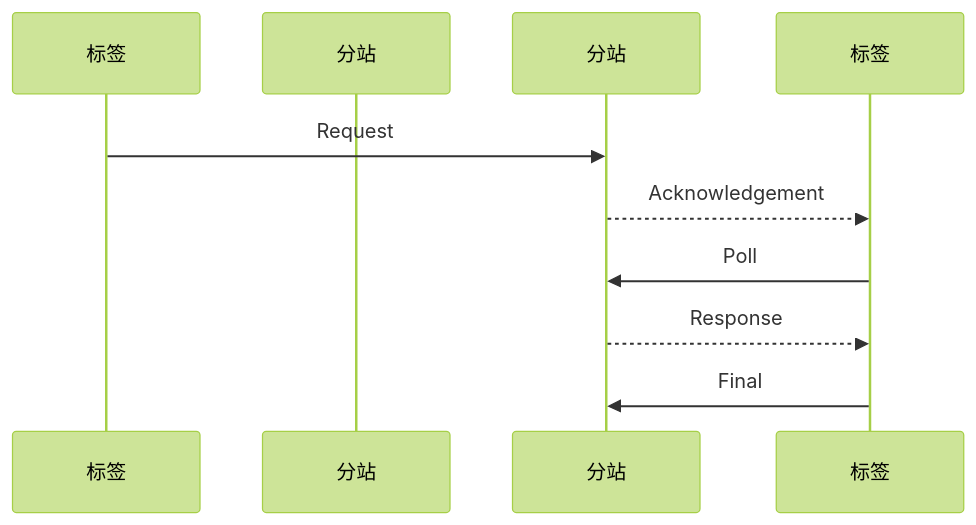
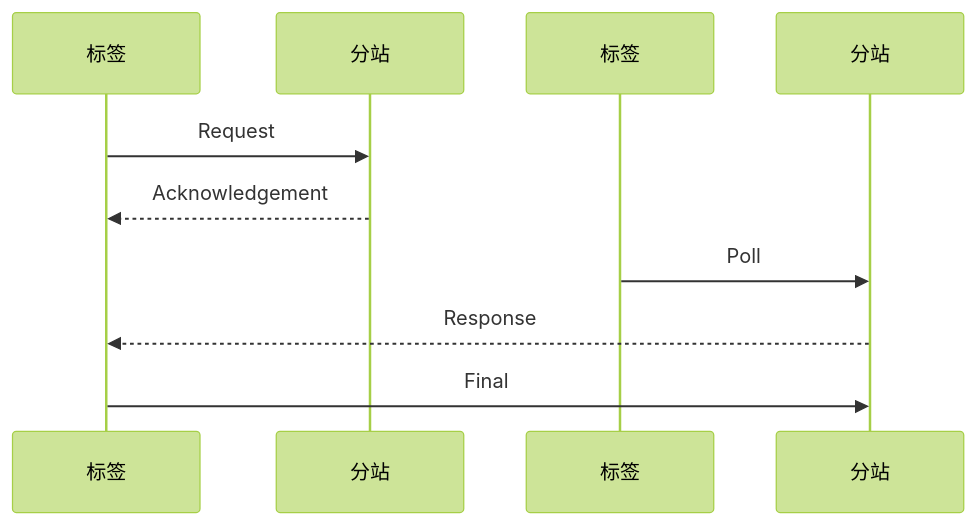
The diagram in all/未命名.md (geek-zhao/iodraw-files), drawn with Mermaid (forest theme) before and after one commit.

Commit message:
2024-08-17 14:01:37 update

````diff
--- a/all/未命名.md
+++ b/all/未命名.md
@@ -1,11 +1,11 @@
 ```mermaid
 sequenceDiagram
     participant tag as 标签
     participant anchor as 分站
-    tag->>分站: Request
-    分站-->>标签: Acknowledgement
+    tag->>anchor: Request
+    anchor-->>tag: Acknowledgement
     标签->>分站: Poll
-    分站-->>标签: Response
-    标签->>分站: Final       
+    分站-->>tag: Response
+    tag->>分站: Final       
 
 ```
````
